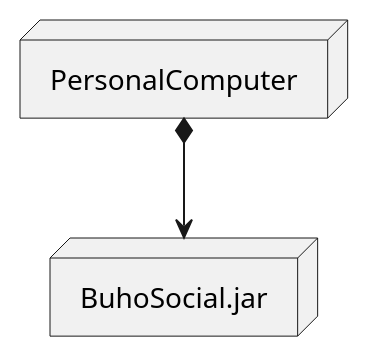
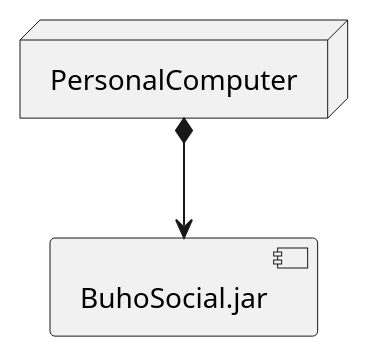
One commit to Dayannis-07/ING_SOFT changed the diagram in docs/scenariosView/deploymentDiagram.plantuml. Above: the diagram before and after it, drawn with PlantUML.

Commit message:
update Deployment Diagram

```diff
--- a/docs/scenariosView/deploymentDiagram.plantuml
+++ b/docs/scenariosView/deploymentDiagram.plantuml
@@ -1,8 +1,8 @@
 @startuml DeploymentDiagram
 
 node PersonalComputer
-node BuhoSocial.jar
+component BuhoSocial.jar
 
 PersonalComputer *--> BuhoSocial.jar
 
 @enduml
```
